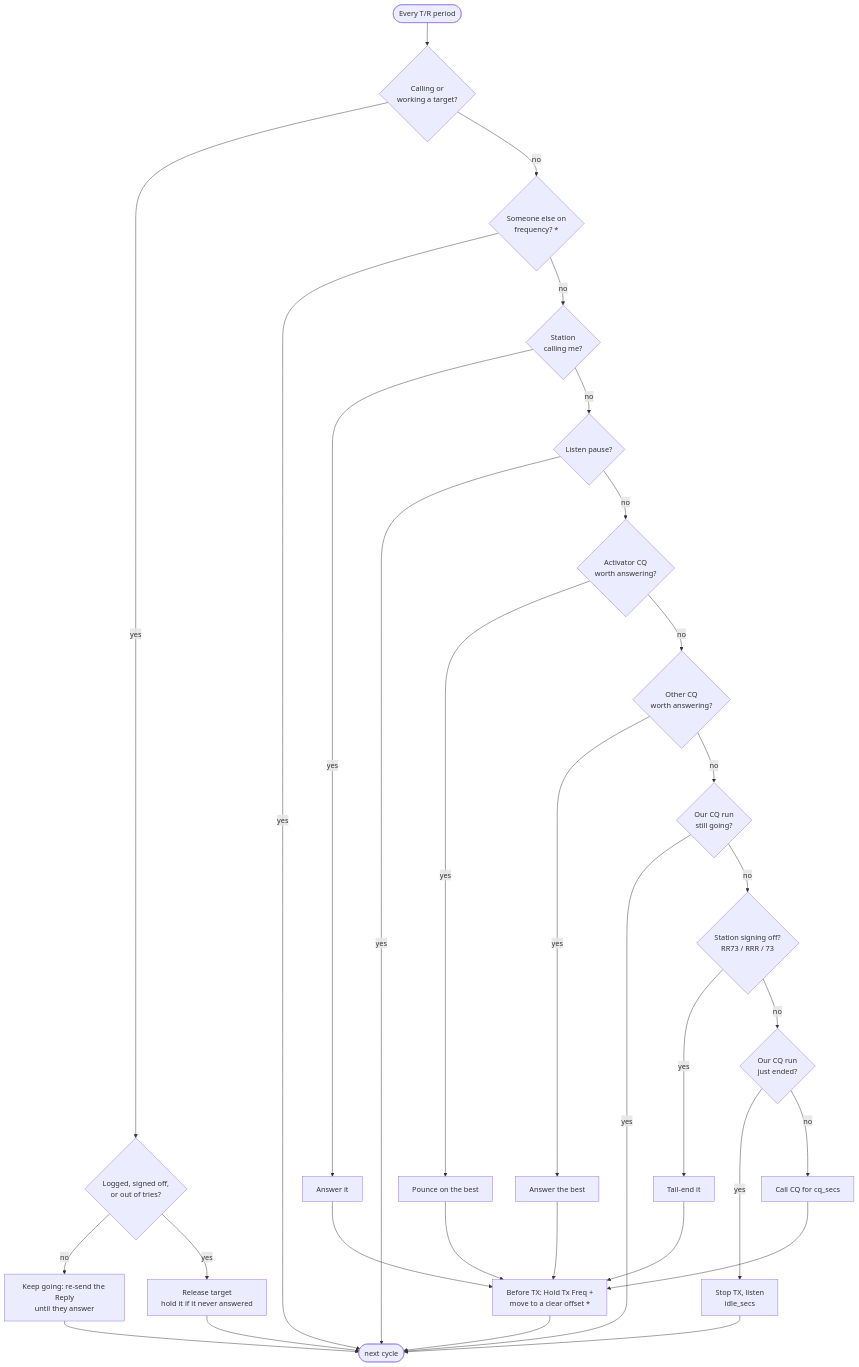
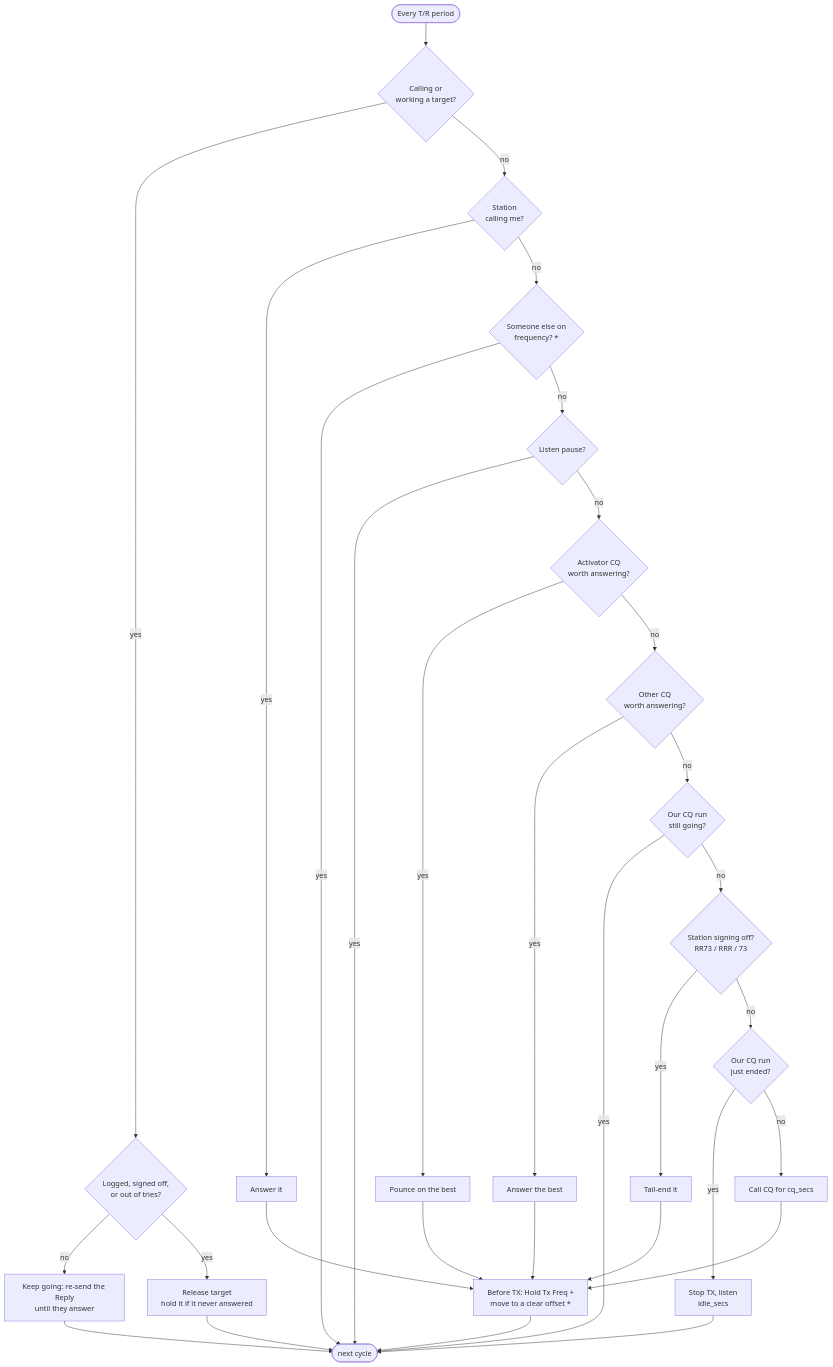
One commit to TheBengineer/FT8-Hunter changed the diagram in README.md. Above: the diagram before and after it, drawn with Mermaid. The commit also changed other lines of this file and 3 other files, not shown here.

````diff
--- a/README.md
+++ b/README.md
@@ -26,25 +26,25 @@
 ```mermaid
 flowchart TD
     tick([Every T/R period]) --> tgt{Calling or<br/>working a target?}
     tgt -- yes --> fin{Logged, signed off,<br/>or out of tries?}
     fin -- no --> keep[Keep going: re-send the Reply<br/>until they answer] --> wait([next cycle])
     fin -- yes --> rel[Release target<br/>hold it if it never answered] --> wait
-    tgt -- no --> qrm{Someone else on<br/>frequency? *}
+    tgt -- no --> caller{Station<br/>calling me?}
+    caller -- yes --> ans[Answer it]
+    caller -- no --> qrm{Someone else on<br/>frequency? *}
     qrm -- yes --> wait
-    qrm -- no --> caller{Station<br/>calling me?}
-    caller -- yes --> ans[Answer it]
-    caller -- no --> rest{Listen pause?}
+    qrm -- no --> rest{Listen pause?}
     rest -- yes --> wait
     rest -- no --> act{Activator CQ<br/>worth answering?}
     act -- yes --> pounce[Pounce on the best]
     act -- no --> cq{Other CQ<br/>worth answering?}
     cq -- yes --> reply[Answer the best]
     cq -- no --> mine{Our CQ run<br/>still going?}
     mine -- yes --> wait
     mine -- no --> tail{Station signing off?<br/>RR73 / RRR / 73}
     tail -- yes --> tailend[Tail-end it]
     tail -- no --> over{Our CQ run<br/>just ended?}
     over -- yes --> listen[Stop TX, listen<br/>idle_secs] --> wait
     over -- no --> callcq[Call CQ for cq_secs]
     ans & pounce & reply & tailend & callcq --> tune[Before TX: Hold Tx Freq +<br/>move to a clear offset *] --> wait
 ```
````
